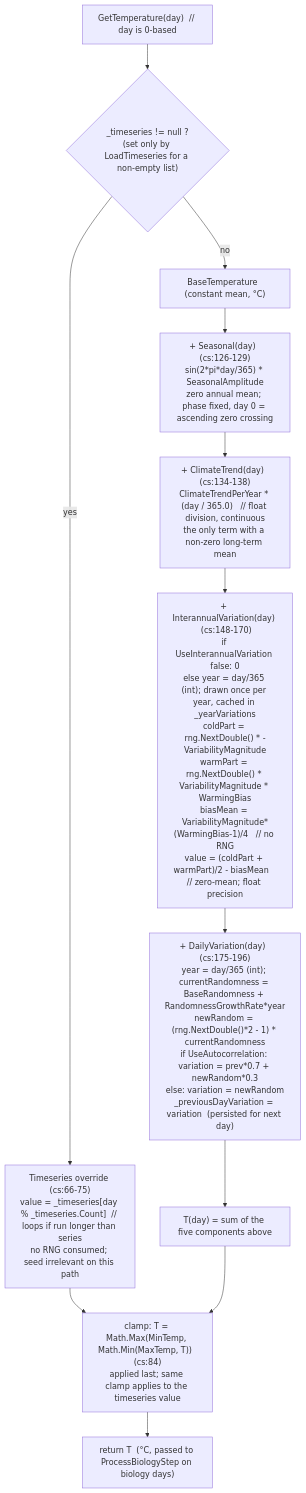
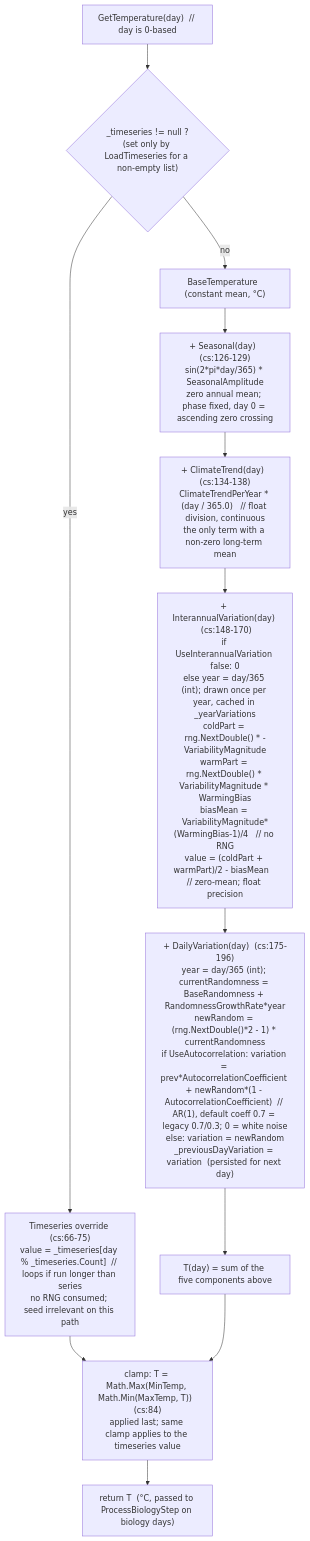
One commit to Ghostlab-Studios/tinysea changed the diagram in docs/diagrams/temperature-model.md. Above: the diagram before and after it, drawn with Mermaid. The commit also changed 9 other files, not shown here.

Commit message:
docs: document V1 params (per-species temp multiplier and initial condition, autocorrelation coefficient, condition overshoot guard, CSV optional-column validation/backward-compat)

````diff
--- a/docs/diagrams/temperature-model.md
+++ b/docs/diagrams/temperature-model.md
@@ -5,23 +5,23 @@
 ```mermaid
 flowchart TD
     START["GetTemperature(day)  // day is 0-based"] --> TSQ{"_timeseries != null ?<br/>(set only by LoadTimeseries for a non-empty list)"}
 
     TSQ -- yes --> TS["Timeseries override (cs:66-75)<br/>value = _timeseries[day % _timeseries.Count]  // loops if run longer than series<br/>no RNG consumed; seed irrelevant on this path"]
     TS --> CLAMP
 
     TSQ -- no --> BASE["BaseTemperature  (constant mean, °C)"]
 
     BASE --> SEAS["+ Seasonal(day)  (cs:126-129)<br/>sin(2*pi*day/365) * SeasonalAmplitude<br/>zero annual mean; phase fixed, day 0 = ascending zero crossing"]
 
     SEAS --> TREND["+ ClimateTrend(day)  (cs:134-138)<br/>ClimateTrendPerYear * (day / 365.0)   // float division, continuous<br/>the only term with a non-zero long-term mean"]
 
     TREND --> INTER["+ InterannualVariation(day)  (cs:148-170)<br/>if UseInterannualVariation false: 0<br/>else year = day/365 (int); drawn once per year, cached in _yearVariations<br/>coldPart = rng.NextDouble() * -VariabilityMagnitude<br/>warmPart = rng.NextDouble() * VariabilityMagnitude * WarmingBias<br/>biasMean = VariabilityMagnitude*(WarmingBias-1)/4   // no RNG<br/>value = (coldPart + warmPart)/2 - biasMean   // zero-mean; float precision"]
 
-    INTER --> DAILY["+ DailyVariation(day)  (cs:175-196)<br/>year = day/365 (int); currentRandomness = BaseRandomness + RandomnessGrowthRate*year<br/>newRandom = (rng.NextDouble()*2 - 1) * currentRandomness<br/>if UseAutocorrelation: variation = prev*0.7 + newRandom*0.3<br/>else: variation = newRandom<br/>_previousDayVariation = variation  (persisted for next day)"]
+    INTER --> DAILY["+ DailyVariation(day)  (cs:175-196)<br/>year = day/365 (int); currentRandomness = BaseRandomness + RandomnessGrowthRate*year<br/>newRandom = (rng.NextDouble()*2 - 1) * currentRandomness<br/>if UseAutocorrelation: variation = prev*AutocorrelationCoefficient + newRandom*(1 - AutocorrelationCoefficient)  // AR(1), default coeff 0.7 = legacy 0.7/0.3; 0 = white noise<br/>else: variation = newRandom<br/>_previousDayVariation = variation  (persisted for next day)"]
 
     DAILY --> SUM["T(day) = sum of the five components above"]
 
     SUM --> CLAMP["clamp: T = Math.Max(MinTemp, Math.Min(MaxTemp, T))  (cs:84)<br/>applied last; same clamp applies to the timeseries value"]
 
     CLAMP --> OUT["return T  (°C, passed to ProcessBiologyStep on biology days)"]
 ```
````
